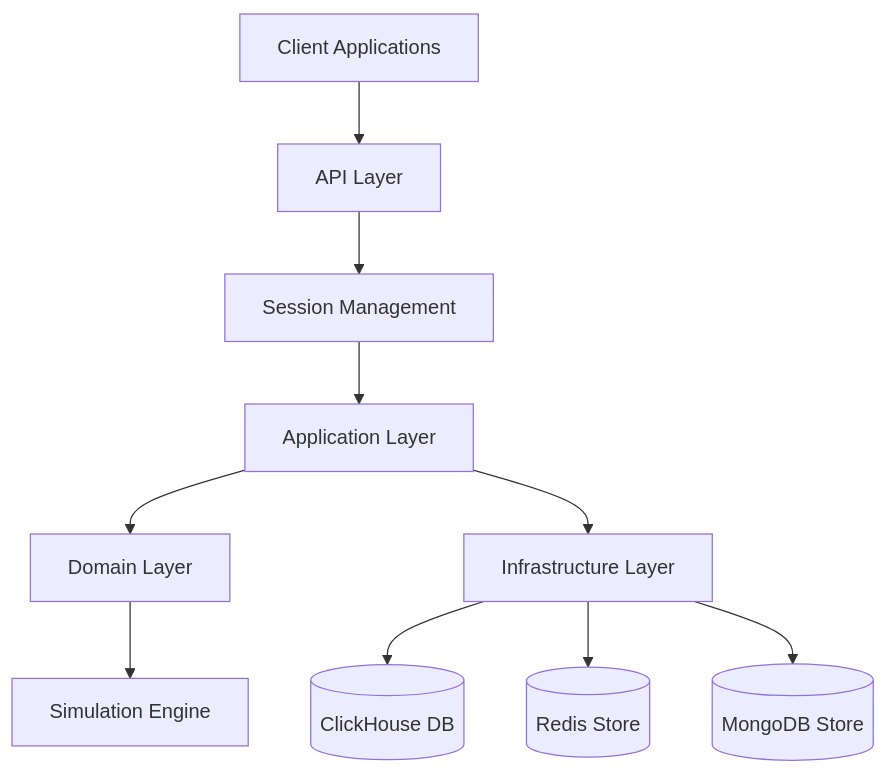
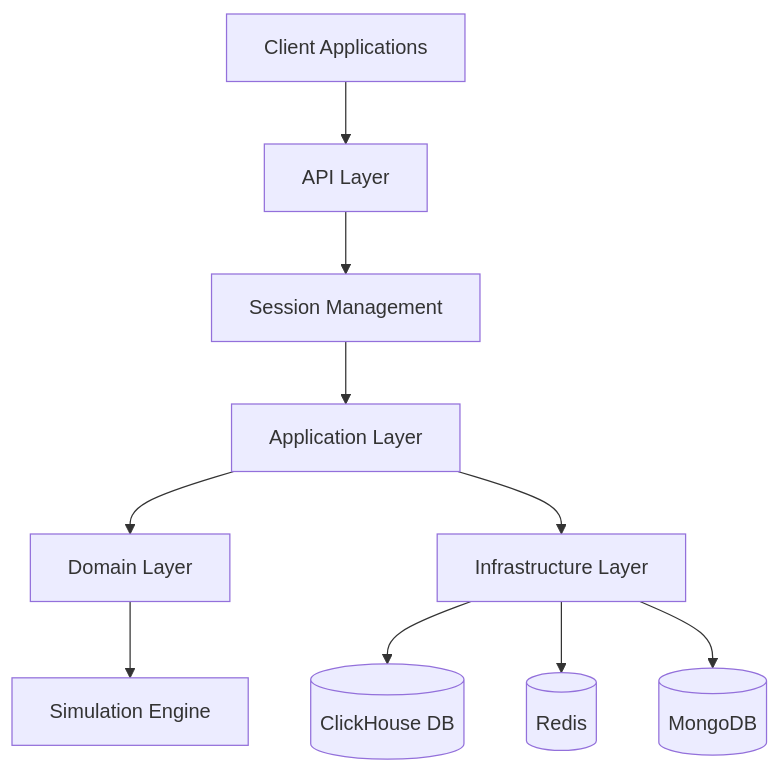
One commit to joaquinbejar/OptionChain-Simulator changed the first of 5 diagrams in README.md. Above: the diagram before and after it, drawn with Mermaid. The commit also changed 1 other file, not shown here.

Commit message:
Add MongoDB integration to documentation
Updated README and source code comments to include MongoDB as part of the infrastructure. This ensures consistency and clarity on supported components.

````diff
--- a/README.md
+++ b/README.md
@@ -22,12 +22,12 @@
 ```mermaid
 flowchart TD
 Client[Client Applications] --> API[API Layer]
 API --> SM[Session Management]
 SM --> App[Application Layer]
 App --> Domain[Domain Layer]
 App --> Infra[Infrastructure Layer]
 Domain --> SimEngine[Simulation Engine]
 Infra --> ClickHouse[(ClickHouse DB)]
-Infra --> Redis[(Redis Store)]
-Infra --> MongoDB[(MongoDB Store)]
+Infra --> Redis[(Redis)]
+Infra --> MongoDB[(MongoDB)]
 ```
````
